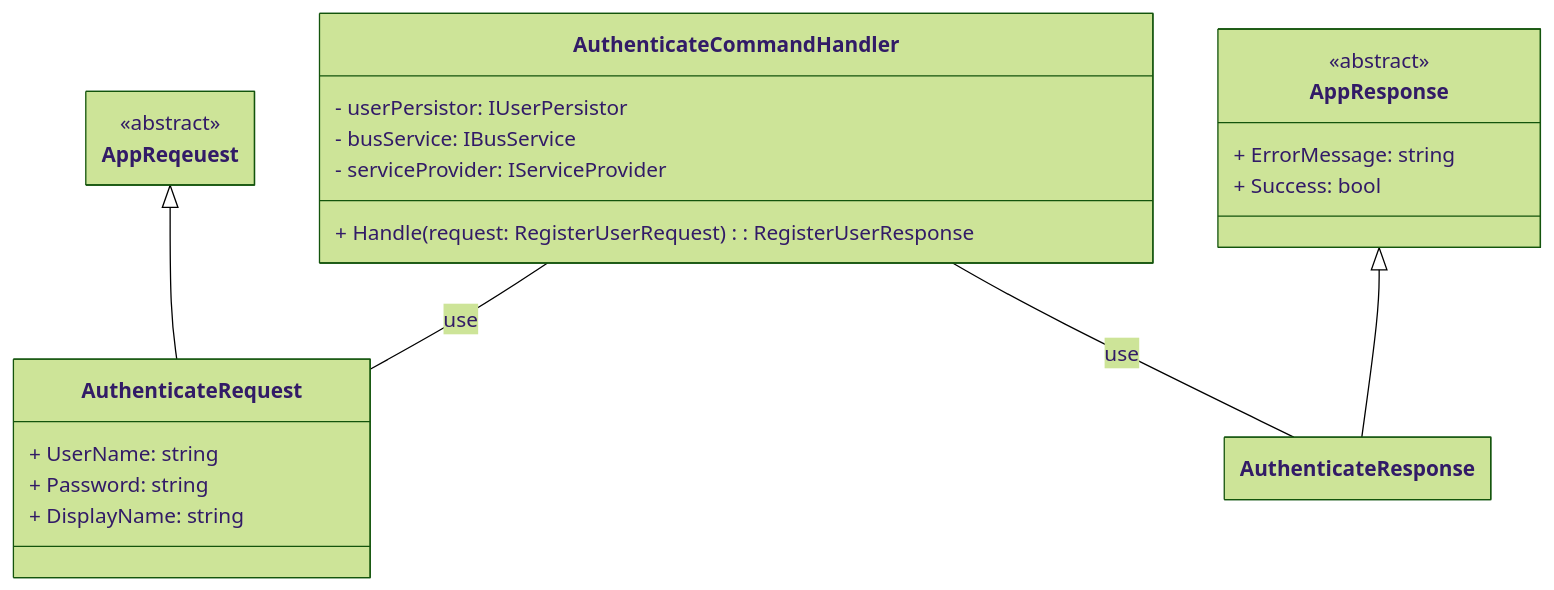
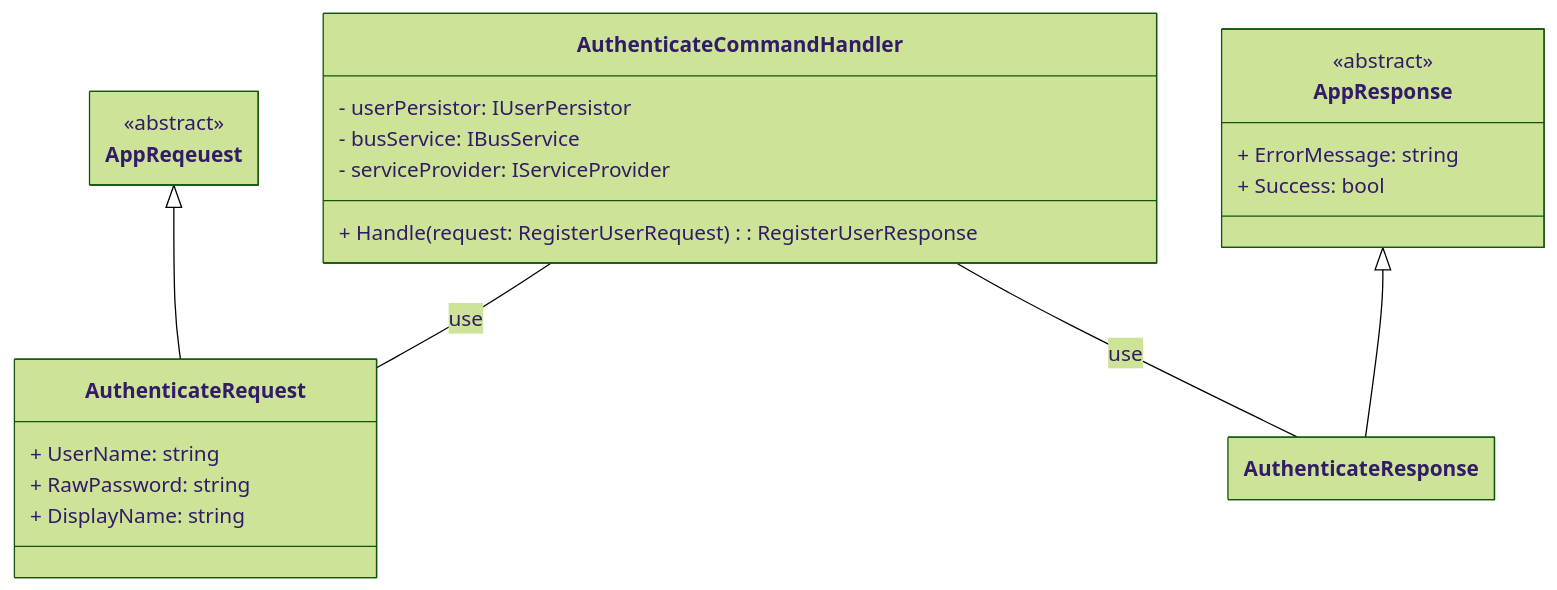
The second of 2 diagrams in UML/Application/Application.Service.AuthenticateCommandHandler.md (sdlfly2000/AuthenticationServer), drawn with Mermaid (forest theme) before and after one commit. The commit also changed other lines of this file and 3 other files, not shown here.

Commit message:
Update UML AuthenticateCommandHandler

````diff
--- a/UML/Application/Application.Service.AuthenticateCommandHandler.md
+++ b/UML/Application/Application.Service.AuthenticateCommandHandler.md
@@ -42,43 +56,43 @@
 ```mermaid
 ---
 config:
     class:
         hideEmptyMembersBox: true
 ---
 
 classDiagram
     %%{Class Definition}%%
 
     class AppReqeuest {
         <<abstract>>
     }
 
     class AppResponse {
         <<abstract>>
         + ErrorMessage: string
         + Success: bool
     }
 
     class AuthenticateCommandHandler {
         - userPersistor: IUserPersistor
         - busService: IBusService
         - serviceProvider: IServiceProvider
         + Handle(request: RegisterUserRequest): RegisterUserResponse
     }
 
     class AuthenticateRequest { 
         + UserName: string
-        + Password: string
+        + RawPassword: string
         + DisplayName: string
     }
 
     class AuthenticateResponse {
     }
 
     %%{Class Relationship}%%
     AuthenticateCommandHandler --  AuthenticateRequest : use
     AuthenticateCommandHandler --  AuthenticateResponse : use
     AppReqeuest <|-- AuthenticateRequest
     AppResponse <|-- AuthenticateResponse
 
 ```
````
